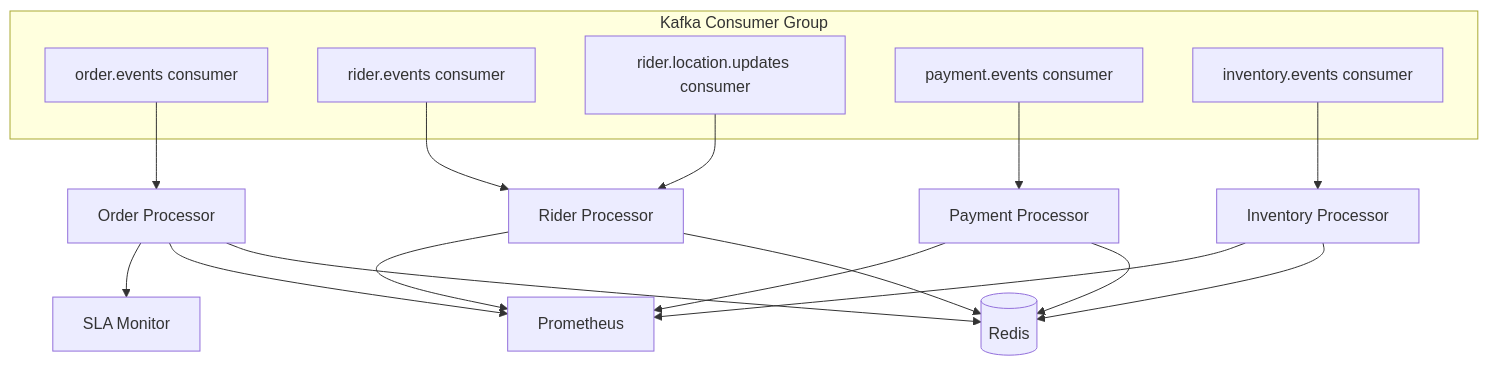
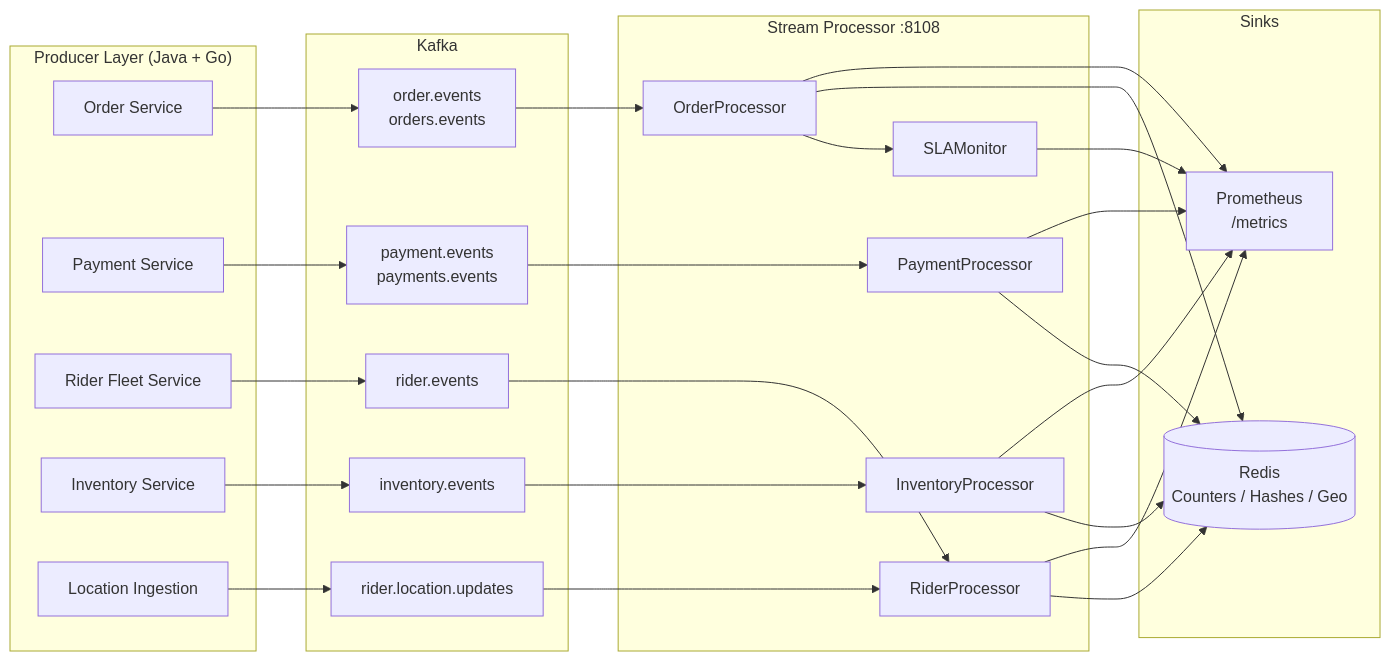
One commit to sunitakeazycommerz-a11y/InstaCommerce changed the first of 4 diagrams in services/stream-processor-service/README.md. Above: the diagram before and after it, drawn with Mermaid. The commit also changed other lines of this file and 554 other files, not shown here.

````diff
--- a/services/stream-processor-service/README.md
+++ b/services/stream-processor-service/README.md
@@ -23,24 +64,55 @@
 ```mermaid
-flowchart TD
-    subgraph Kafka Consumer Group
-        C1[order.events consumer]
-        C2[rider.events consumer]
-        C3[rider.location.updates consumer]
-        C4[payment.events consumer]
-        C5[inventory.events consumer]
+flowchart LR
+    subgraph producers["Producer Layer (Java + Go)"]
+        OS["Order Service"]
+        PS["Payment Service"]
+        RS["Rider Fleet Service"]
+        IS["Inventory Service"]
+        LI["Location Ingestion"]
     end
-    C1 --> OP[Order Processor]
-    C2 --> RP[Rider Processor]
-    C3 --> RP
-    C4 --> PP[Payment Processor]
-    C5 --> IP[Inventory Processor]
-    OP --> RD[(Redis)]
-    RP --> RD
-    PP --> RD
-    IP --> RD
-    OP --> PROM[Prometheus]
-    RP --> PROM
-    PP --> PROM
-    IP --> PROM
-    OP --> SLA[SLA Monitor]
+
+    subgraph kafka["Kafka"]
+        OE["order.events\norders.events"]
+        PE["payment.events\npayments.events"]
+        RE["rider.events"]
+        RL["rider.location.updates"]
+        IE["inventory.events"]
+    end
+
+    subgraph sp["Stream Processor :8108"]
+        OP["OrderProcessor"]
+        PP["PaymentProcessor"]
+        RP["RiderProcessor"]
+        IP["InventoryProcessor"]
+        SLA["SLAMonitor"]
+    end
+
+    subgraph sinks["Sinks"]
+        Redis[("Redis\nCounters / Hashes / Geo")]
+        Prom["Prometheus\n/metrics"]
+    end
+
+    OS --> OE
+    PS --> PE
+    RS --> RE
+    LI --> RL
+    IS --> IE
+
+    OE --> OP
+    PE --> PP
+    RE --> RP
+    RL --> RP
+    IE --> IP
+    OP --> SLA
+
+    OP --> Redis
+    PP --> Redis
+    RP --> Redis
+    IP --> Redis
+
+    OP --> Prom
+    PP --> Prom
+    RP --> Prom
+    IP --> Prom
+    SLA --> Prom
 ```
````
